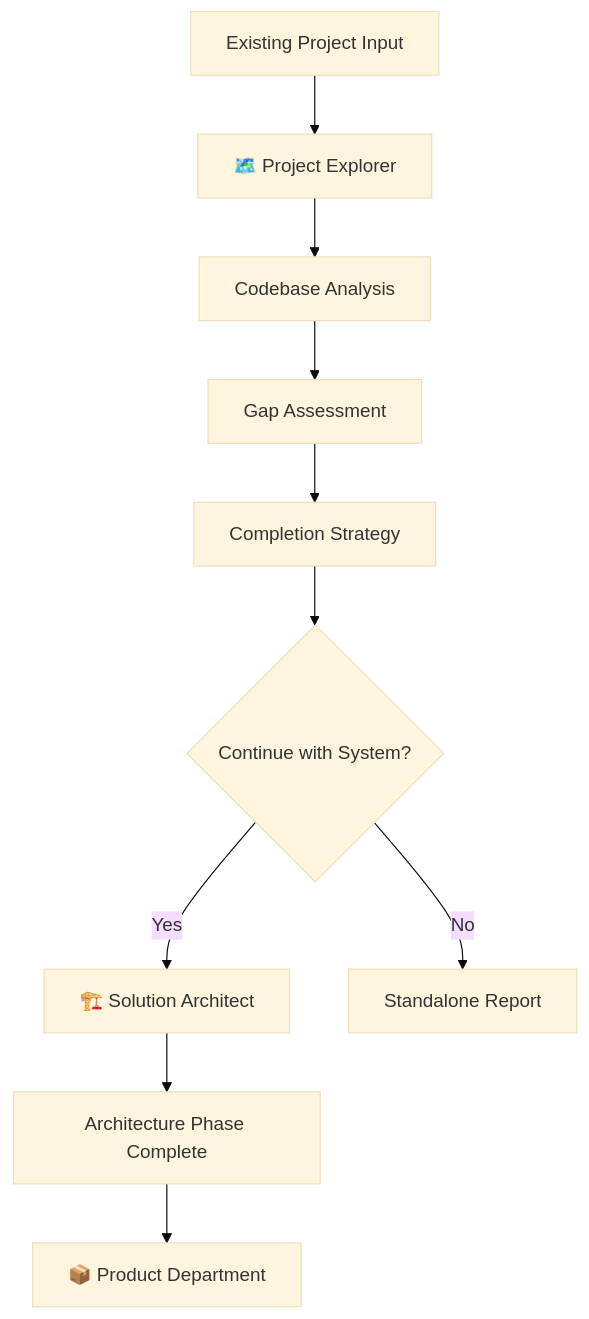
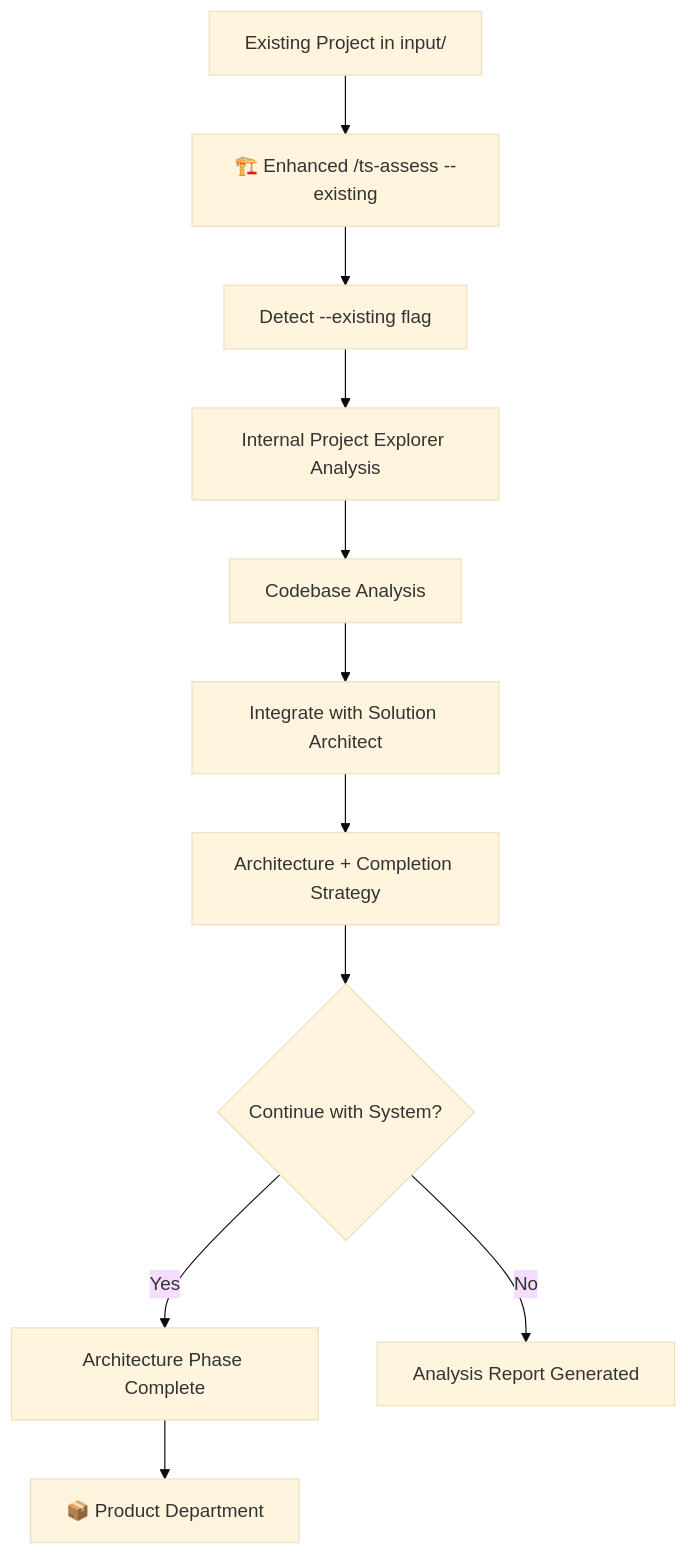
The diagram in docs/dev/PROJECT_EXPLORER_IMPLEMENTATION_PLAN.md (vedanta/the-system), drawn with Mermaid (base theme) before and after one commit. The commit also changed other lines of this file and 61 other files, not shown here.

````diff
--- a/docs/dev/PROJECT_EXPLORER_IMPLEMENTATION_PLAN.md
+++ b/docs/dev/PROJECT_EXPLORER_IMPLEMENTATION_PLAN.md
@@ -348,14 +345,15 @@
 ```mermaid
 flowchart TD
-    EXISTING[Existing Project Input] --> EXPLORE[🗺️ Project Explorer]
-    EXPLORE --> ANALYSIS[Codebase Analysis]
-    ANALYSIS --> ASSESSMENT[Gap Assessment]
-    ASSESSMENT --> STRATEGY[Completion Strategy]
+    EXISTING[Existing Project in input/] --> ASSESS[🏗️ Enhanced /ts-assess --existing]
+    ASSESS --> DETECT[Detect --existing flag]
+    DETECT --> INTERNAL[Internal Project Explorer Analysis]
+    INTERNAL --> ANALYSIS[Codebase Analysis]
+    ANALYSIS --> INTEGRATION[Integrate with Solution Architect]
+    INTEGRATION --> STRATEGY[Architecture + Completion Strategy]
 
     STRATEGY --> DECISION{Continue with System?}
-    DECISION -->|Yes| SA[🏗️ Solution Architect]
-    DECISION -->|No| STANDALONE[Standalone Report]
+    DECISION -->|Yes| ARCH_COMPLETE[Architecture Phase Complete]
+    DECISION -->|No| REPORT_ONLY[Analysis Report Generated]
 
-    SA --> ARCH_COMPLETE[Architecture Phase Complete]
     ARCH_COMPLETE --> PRODUCT[📦 Product Department]
 ```
````
